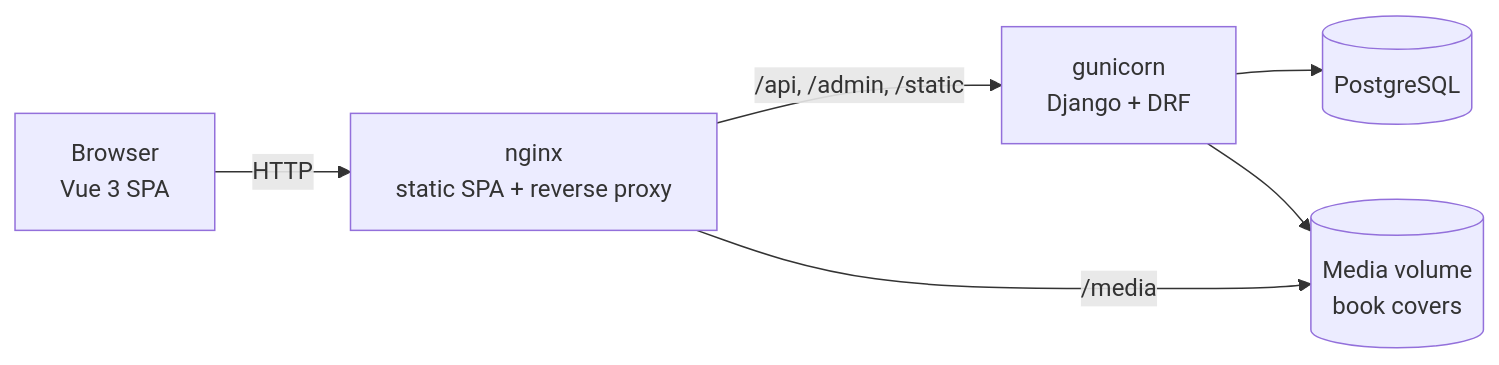
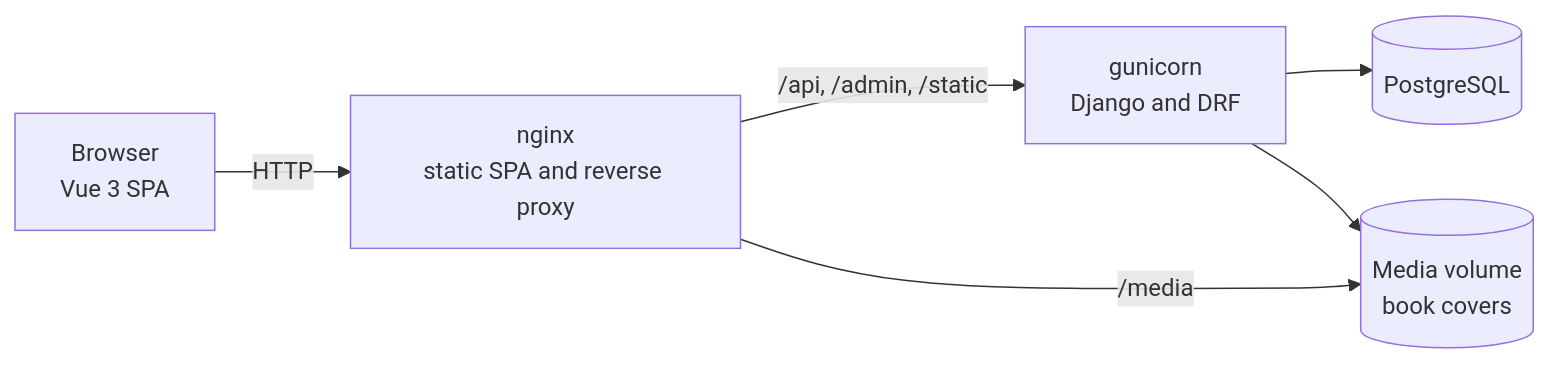
The diagram in README.md (DogNellaf/verso-bookshop), drawn with Mermaid before and after one commit. The commit also changed other lines of this file and 23 other files, not shown here.

````diff
--- a/README.md
+++ b/README.md
@@ -130,8 +130,8 @@
 ```mermaid
 flowchart LR
-    U[Browser<br/>Vue 3 SPA] -->|HTTP| N[nginx<br/>static SPA + reverse proxy]
-    N -->|/api, /admin, /static| G[gunicorn<br/>Django + DRF]
+    U[Browser<br/>Vue 3 SPA] -->|HTTP| N[nginx<br/>static SPA and reverse proxy]
+    N -->|/api, /admin, /static| G[gunicorn<br/>Django and DRF]
     N -->|/media| M[(Media volume<br/>book covers)]
     G --> P[(PostgreSQL)]
     G --> M
 ```
````
